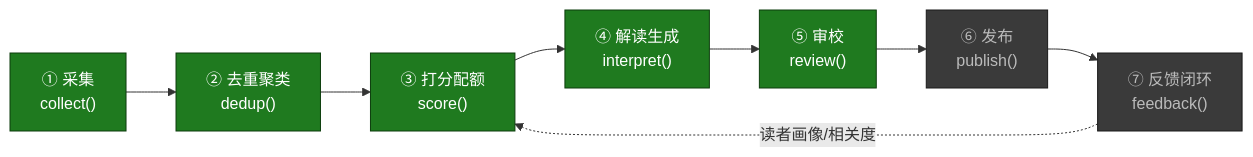
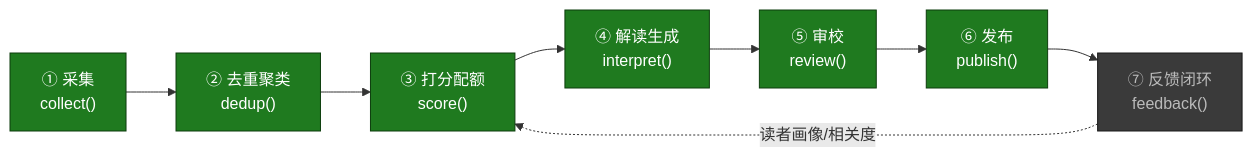
The first of 3 diagrams in docs/ROADMAP.md (ai-newsday/core), drawn with Mermaid before and after one commit. The commit also changed other lines of this file, not shown here.

Commit message:
docs(roadmap): mark Circle 6 publish done, point next to Circle 7 feedback

````diff
--- a/docs/ROADMAP.md
+++ b/docs/ROADMAP.md
@@ -10,17 +10,17 @@
 ```mermaid
 flowchart LR
     C1["① 采集<br/>collect()"]:::done
     C2["② 去重聚类<br/>dedup()"]:::done
     C3["③ 打分配额<br/>score()"]:::done
     C4["④ 解读生成<br/>interpret()"]:::done
     C5["⑤ 审校<br/>review()"]:::done
-    C6["⑥ 发布<br/>publish()"]:::todo
+    C6["⑥ 发布<br/>publish()"]:::done
     C7["⑦ 反馈闭环<br/>feedback()"]:::todo
 
     C1 --> C2 --> C3 --> C4 --> C5 --> C6 --> C7
     C7 -.读者画像/相关度.-> C3
 
     classDef done fill:#1f7a1f,stroke:#0d3d0d,color:#fff;
     classDef spec fill:#b58900,stroke:#6b4f00,color:#fff;
     classDef todo fill:#3a3a3a,stroke:#1a1a1a,color:#bbb;
 ```
````
